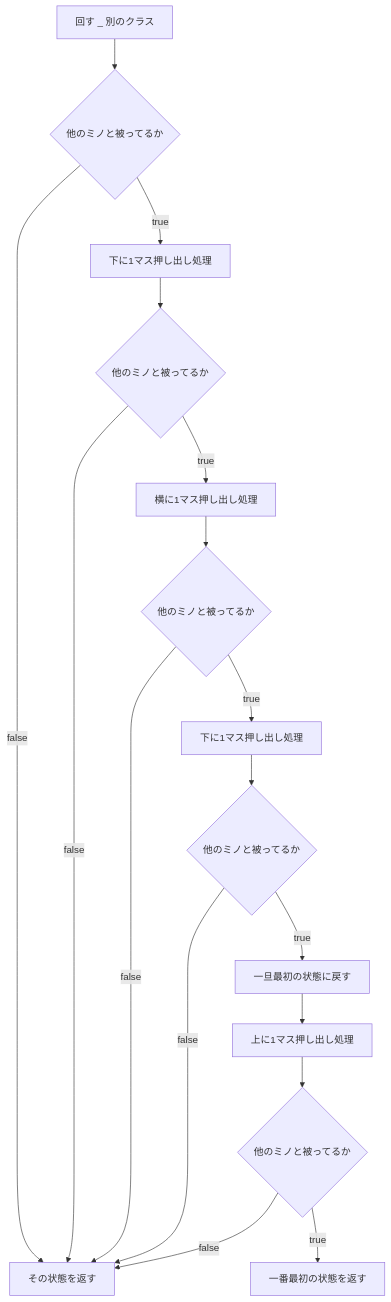
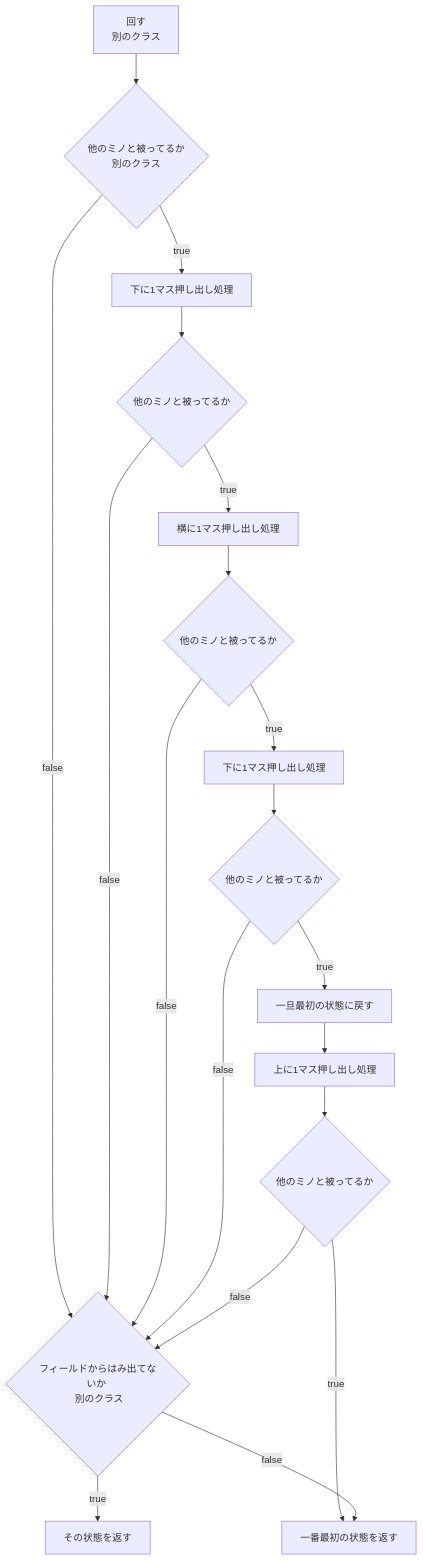
Before and after one commit to s19013/tetris-vue: the diagram in memo/リファクタリング/被り.md, drawn with Mermaid. The commit also changed other lines of this file and 4 other files, not shown here.

````diff
--- a/memo/リファクタリング/被り.md
+++ b/memo/リファクタリング/被り.md
@@ -4,26 +4,28 @@
 ```mermaid
 graph TD;
-b{他のミノと被ってるか}
+b{他のミノと被ってるか \n 別のクラス}
 b2{他のミノと被ってるか}
 b3{他のミノと被ってるか}
 b4{他のミノと被ってるか}
 b5{他のミノと被ってるか}
-finish[その状態を返す]
+z{フィールドからはみ出てないか \n 別のクラス}
 
-a[回す _ 別のクラス]-->b
-b-->|false|finish
+a[回す \n 別のクラス]-->b
+b-->|false|z
 b-->|true|c[下に1マス押し出し処理]
 c-->b2
-b2-->|false|finish
+b2-->|false|z
 b2-->|true|d[横に1マス押し出し処理]
 d-->b3
-b3-->|false|finish
+b3-->|false|z
 b3-->|true|e[下に1マス押し出し処理]
 e-->b4
-b4-->|false|finish
+b4-->|false|z
 b4-->|true|f[一旦最初の状態に戻す]
 f-->g[上に1マス押し出し処理]
 g-->b5
 b5-->|true|h[一番最初の状態を返す]
-b5-->|false|finish
+b5-->|false|z
+z-->|true|その状態を返す
+z-->|false|h
 ```
````
